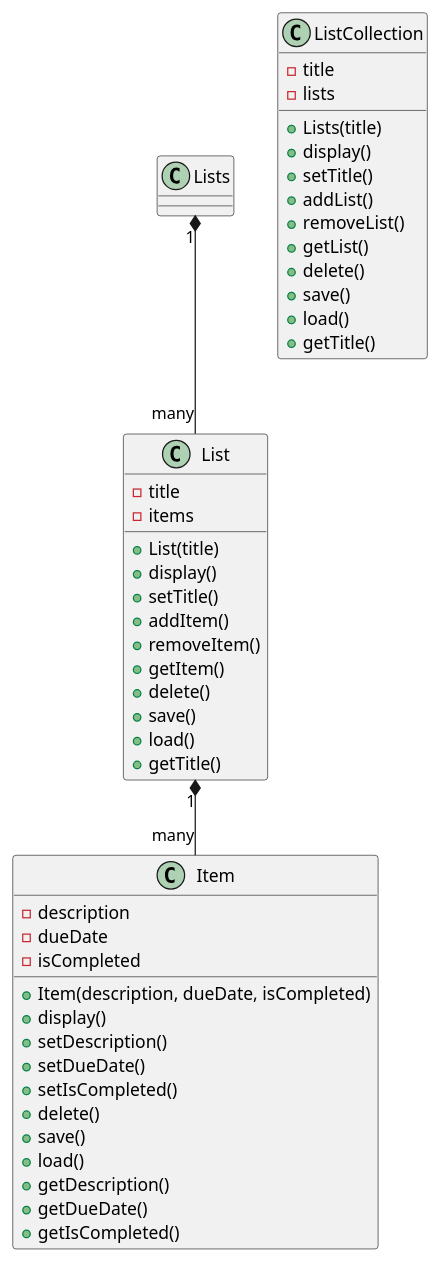
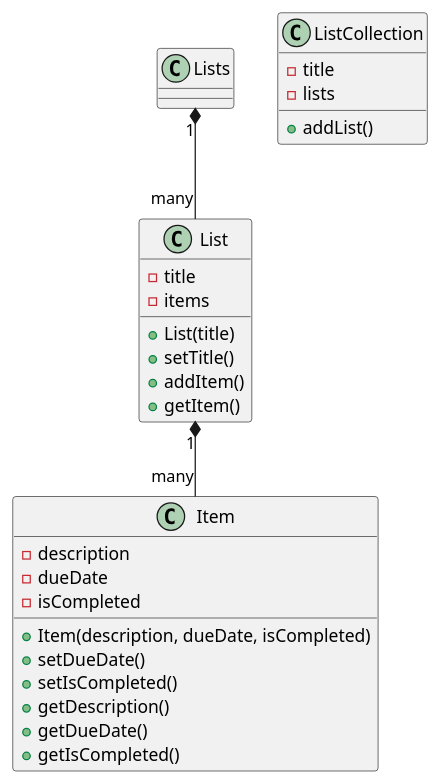
The diagram in src/main/java/ucf/assignments/App.puml (JustinGesek/Gesek-cop3330-assignment4part2), drawn with PlantUML before and after one commit. The commit also changed 4 other files, not shown here.

```diff
--- a/src/main/java/ucf/assignments/App.puml
+++ b/src/main/java/ucf/assignments/App.puml
@@ -1,56 +1,36 @@
 @startuml
 'https://plantuml.com/sequence-diagram
 
 
 class Item
 {
     -description
     -dueDate
     -isCompleted
     +Item(description, dueDate, isCompleted)
-    +display()
-    +setDescription()
     +setDueDate()
     +setIsCompleted()
-    +delete()
-    +save()
-    +load()
     +getDescription()
     +getDueDate()
     +getIsCompleted()
 }
 class List
 {
     -title
     -items
     +List(title)
-    +display()
     +setTitle()
     +addItem()
-    +removeItem()
     +getItem()
-    +delete()
-    +save()
-    +load()
-    +getTitle()
 }
 class ListCollection
 {
      -title
      -lists
-     +Lists(title)
-     +display()
-     +setTitle()
      +addList()
-     +removeList()
-     +getList()
-     +delete()
-     +save()
-     +load()
-     +getTitle()
 
 }
 Lists "1" *-- "many" List
 List "1" *-- "many" Item
 
 @enduml
```
